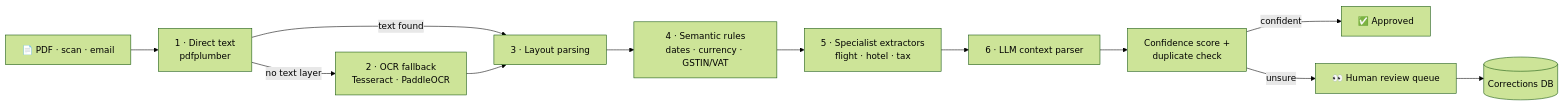
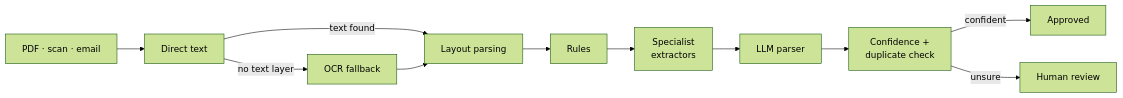
Before and after one commit to RadheshD/RadheshD: the first of 2 diagrams in README.md, drawn with Mermaid (forest theme). The commit also changed other lines of this file, not shown here.

````diff
--- a/README.md
+++ b/README.md
@@ -60,14 +43,13 @@
 ```mermaid
 flowchart LR
-    IN["📄 PDF · scan · email"] --> L1["1 · Direct text<br/>pdfplumber"]
-    L1 -->|"no text layer"| L2["2 · OCR fallback<br/>Tesseract · PaddleOCR"]
-    L1 -->|"text found"| L3["3 · Layout parsing"]
+    IN["PDF · scan · email"] --> L1["Direct text"]
+    L1 -->|"no text layer"| L2["OCR fallback"]
+    L1 -->|"text found"| L3["Layout parsing"]
     L2 --> L3
-    L3 --> L4["4 · Semantic rules<br/>dates · currency · GSTIN/VAT"]
-    L4 --> L5["5 · Specialist extractors<br/>flight · hotel · tax"]
-    L5 --> L6["6 · LLM context parser"]
-    L6 --> S["Confidence score +<br/>duplicate check"]
-    S -->|"confident"| OK["✅ Approved"]
-    S -->|"unsure"| HR["👀 Human review queue"]
-    HR --> DB[("Corrections DB")]
+    L3 --> L4["Rules"]
+    L4 --> L5["Specialist<br/>extractors"]
+    L5 --> L6["LLM parser"]
+    L6 --> S["Confidence +<br/>duplicate check"]
+    S -->|"confident"| OK["Approved"]
+    S -->|"unsure"| HR["Human review"]
 ```
````
